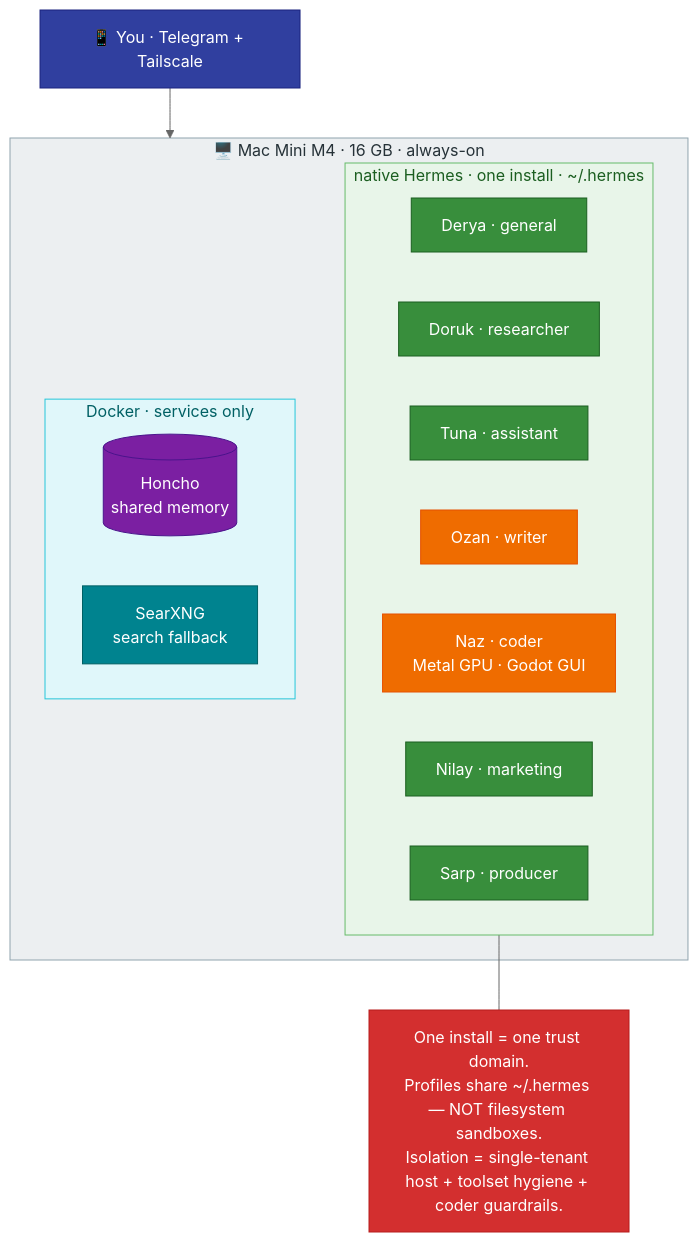
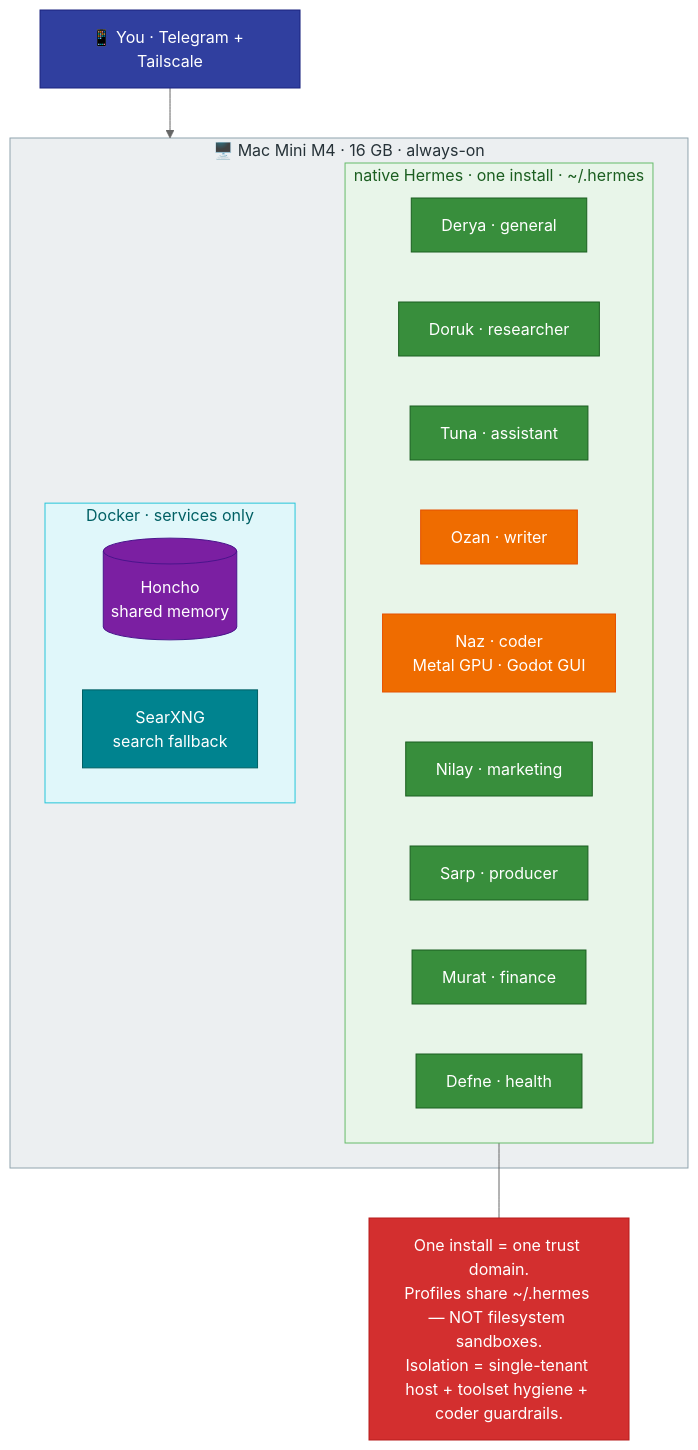
One commit to mpolatcan/hermes-setup changed the diagram in docs/01-architecture.md. Above: the diagram before and after it, drawn with Mermaid (neutral theme). The commit also changed other lines of this file and 12 other files, not shown here.

````diff
--- a/docs/01-architecture.md
+++ b/docs/01-architecture.md
@@ -7,30 +7,32 @@
 ```mermaid
 flowchart TB
     subgraph mini["🖥️ Mac Mini M4 · 16 GB · always-on"]
         subgraph hermes["native Hermes · one install · ~/.hermes"]
             k["Derya · general"]:::mini
             m["Doruk · researcher"]:::mini
             u["Tuna · assistant"]:::mini
             w["Ozan · writer"]:::codex
             c["Naz · coder<br/>Metal GPU · Godot GUI"]:::codex
             o["Nilay · marketing"]:::mini
             p["Sarp · producer"]:::mini
+            f["Murat · finance"]:::mini
+            h["Defne · health"]:::mini
         end
         subgraph svc["Docker · services only"]
             Honcho[("Honcho<br/>shared memory")]:::infra
             SearXNG["SearXNG<br/>search fallback"]:::svc
         end
     end
     phone["📱 You · Telegram + Tailscale"]:::user --> mini
     note["One install = one trust domain.<br/>Profiles share ~/.hermes — NOT filesystem sandboxes.<br/>Isolation = single-tenant host + toolset hygiene + coder guardrails."]:::danger
     hermes --- note
     classDef user fill:#303F9F,stroke:#1A237E,color:#fff
     classDef mini fill:#388E3C,stroke:#1B5E20,color:#fff
     classDef codex fill:#EF6C00,stroke:#E65100,color:#fff
     classDef infra fill:#7B1FA2,stroke:#4A148C,color:#fff
     classDef svc fill:#00838F,stroke:#006064,color:#fff
     classDef danger fill:#D32F2F,stroke:#B71C1C,color:#fff
     style mini fill:#ECEFF1,stroke:#90A4AE,color:#263238
     style hermes fill:#E8F5E9,stroke:#66BB6A,color:#1B5E20
     style svc fill:#E0F7FA,stroke:#26C6DA,color:#006064
 ```
````
